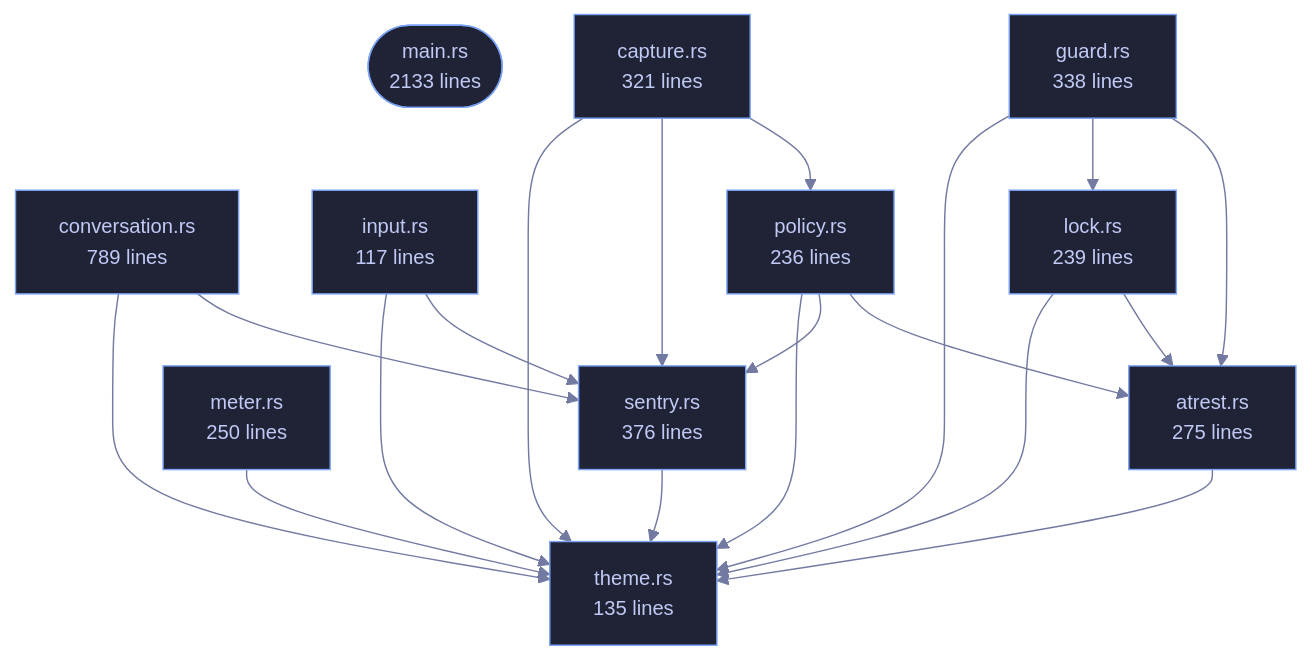
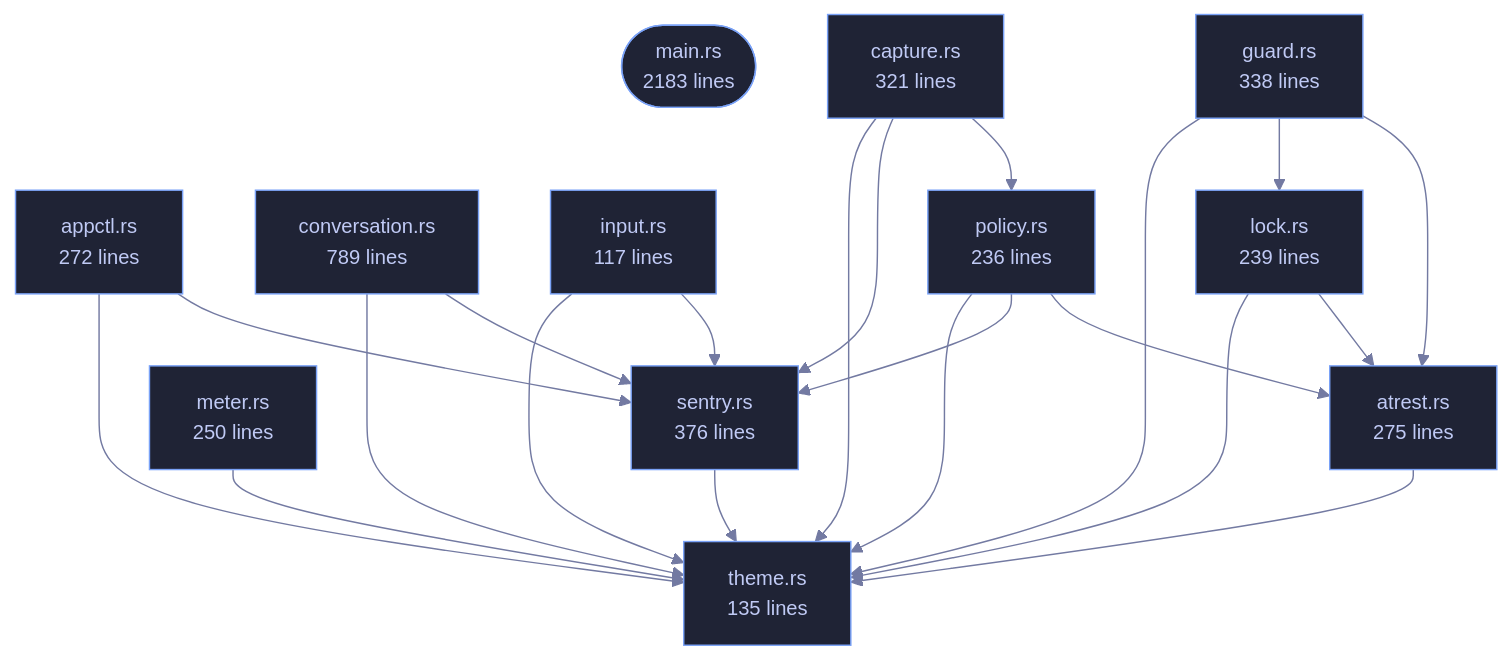
One commit to tilas01/veilvoice changed the diagram in wiki/Crate-veilvoice-cli.md. Above: the diagram before and after it, drawn with Mermaid. The commit also changed other lines of this file and 42 other files, not shown here.

````diff
--- a/wiki/Crate-veilvoice-cli.md
+++ b/wiki/Crate-veilvoice-cli.md
@@ -97,44 +97,48 @@
 ```mermaid
 %%{init: {"theme":"base","themeVariables":{"background":"#1a1b26","primaryColor":"#1f2335","primaryTextColor":"#c0caf5","primaryBorderColor":"#7aa2f7","secondaryColor":"#16161e","tertiaryColor":"#16161e","lineColor":"#737aa2","textColor":"#c0caf5","mainBkg":"#1f2335","nodeBorder":"#7aa2f7","clusterBkg":"#16161e","clusterBorder":"#2f3549","fontFamily":"ui-monospace, SFMono-Regular, Consolas, monospace","fontSize":"14px"}}}%%
 flowchart TD
-    n_main(["main.rs<br/>2133 lines"])
+    n_main(["main.rs<br/>2183 lines"])
+    n_appctl["appctl.rs<br/>272 lines"]
     n_atrest["atrest.rs<br/>275 lines"]
     n_capture["capture.rs<br/>321 lines"]
     n_conversation["conversation.rs<br/>789 lines"]
     n_guard["guard.rs<br/>338 lines"]
     n_input["input.rs<br/>117 lines"]
     n_lock["lock.rs<br/>239 lines"]
     n_meter["meter.rs<br/>250 lines"]
     n_policy["policy.rs<br/>236 lines"]
     n_sentry["sentry.rs<br/>376 lines"]
     n_theme["theme.rs<br/>135 lines"]
+    n_appctl --> n_sentry
+    n_appctl --> n_theme
     n_atrest --> n_theme
     n_capture --> n_policy
     n_capture --> n_sentry
     n_capture --> n_theme
     n_conversation --> n_sentry
     n_conversation --> n_theme
     n_guard --> n_atrest
     n_guard --> n_lock
     n_guard --> n_theme
     n_input --> n_sentry
     n_input --> n_theme
     n_lock --> n_atrest
     n_lock --> n_theme
     n_meter --> n_theme
     n_policy --> n_atrest
     n_policy --> n_sentry
     n_policy --> n_theme
     n_sentry --> n_theme
     click n_main href "https://github.com/tilas01/veilvoice/blob/main/crates/veilvoice-cli/src/main.rs" "open the source"
+    click n_appctl href "https://github.com/tilas01/veilvoice/blob/main/crates/veilvoice-cli/src/appctl.rs" "open the source"
     click n_atrest href "https://github.com/tilas01/veilvoice/blob/main/crates/veilvoice-cli/src/atrest.rs" "open the source"
     click n_capture href "https://github.com/tilas01/veilvoice/blob/main/crates/veilvoice-cli/src/capture.rs" "open the source"
     click n_conversation href "https://github.com/tilas01/veilvoice/blob/main/crates/veilvoice-cli/src/conversation.rs" "open the source"
     click n_guard href "https://github.com/tilas01/veilvoice/blob/main/crates/veilvoice-cli/src/guard.rs" "open the source"
     click n_input href "https://github.com/tilas01/veilvoice/blob/main/crates/veilvoice-cli/src/input.rs" "open the source"
     click n_lock href "https://github.com/tilas01/veilvoice/blob/main/crates/veilvoice-cli/src/lock.rs" "open the source"
     click n_meter href "https://github.com/tilas01/veilvoice/blob/main/crates/veilvoice-cli/src/meter.rs" "open the source"
     click n_policy href "https://github.com/tilas01/veilvoice/blob/main/crates/veilvoice-cli/src/policy.rs" "open the source"
     click n_sentry href "https://github.com/tilas01/veilvoice/blob/main/crates/veilvoice-cli/src/sentry.rs" "open the source"
     click n_theme href "https://github.com/tilas01/veilvoice/blob/main/crates/veilvoice-cli/src/theme.rs" "open the source"
 ```
````
